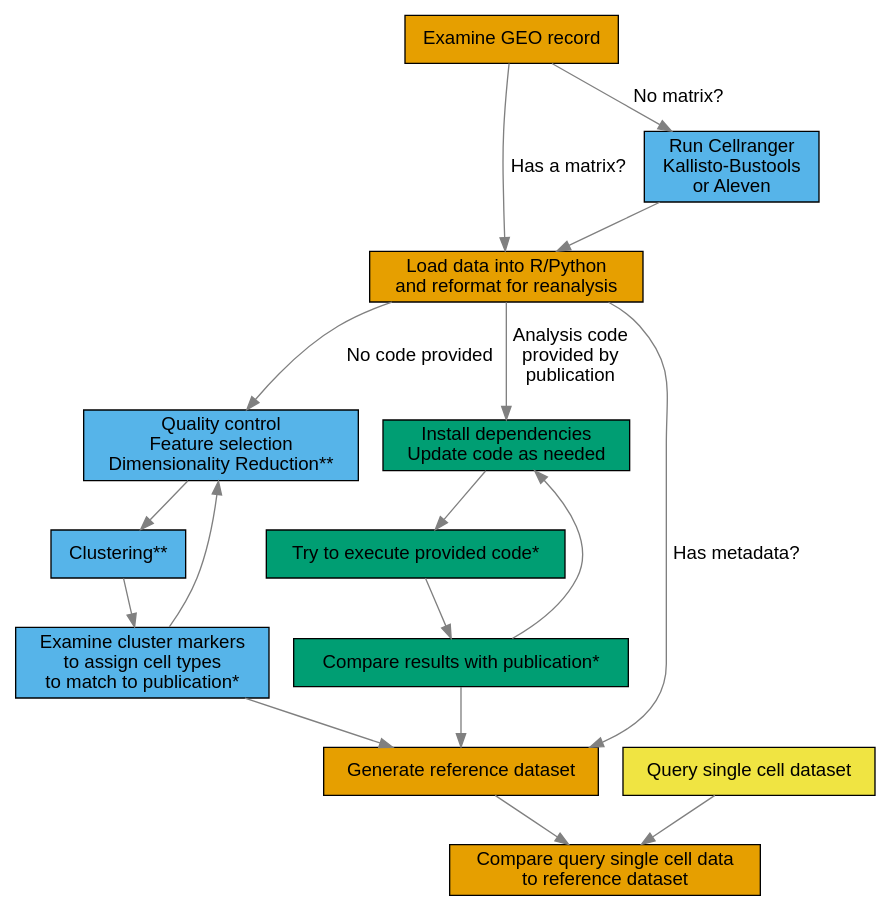
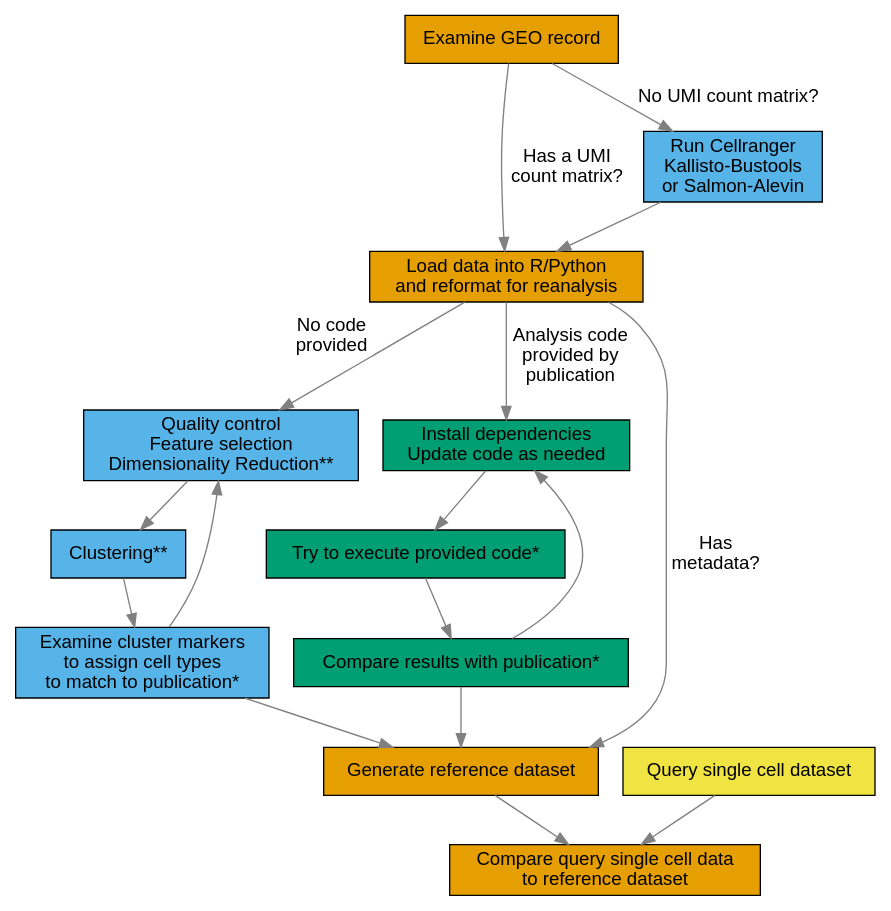
Before and after one commit to rnabioco/someta: the diagram in inst/extdata/workflow.gv, drawn with Graphviz. The commit also changed 4 other files, not shown here.

Commit message:
add figure 2

```diff
--- a/inst/extdata/workflow.gv
+++ b/inst/extdata/workflow.gv
@@ -1,65 +1,65 @@
 digraph workflow {
   graph [layout = dot,
         rankdir = TB]
 
   node [shape = cicle,
         style = filled,
         fontcolor = black,
         fontname = "Helvetica"]
 
   # start
   node [fillcolor = "#E69F00"]
   startnode [label = "Examine GEO record"];
   mdata [label = "Load data into R/Python\nand reformat for reanalysis"]
 
 
   # rds or h5ad parsing
  # node [fillcolor = "#56B4E9"]
  # objdata [label = "Load data in R/Python\nReformat for reanalysis"]
 
 
   # no metadata parsing
   node [fillcolor = "#56B4E9"]
 
-  nomdata_nomatrix [label = "Run Cellranger\nKallisto-Bustools\nor Aleven"]
+  nomdata_nomatrix [label = "Run Cellranger\nKallisto-Bustools\nor Salmon-Alevin"]
   nomdata_3 [label = "Quality control\nFeature selection\nDimensionality Reduction**"]
   nomdata_4 [label = "Clustering**"]
   nomdata_5 [label = "Examine cluster markers\n to assign cell types\nto match to publication*"]
 
   # code
   node [fillcolor = "#009E73"]
   code [label = "Install dependencies\n Update code as needed"]
   code_1 [label = "Try to execute provided code*"]
   code_2 [label = "Compare results with publication*"]
 
   # post metadata processing
   node [fillcolor = "#E69F00"]
   post [label = "Generate reference dataset"]
   post_2 [label = "Compare query single cell data\nto reference dataset"]
 
   # query data
   node [fillcolor = "#F0E442"]
   query [label = "Query single cell dataset"]
 
 
   edge [color = grey
         fontname = "Helvetica"]
 
   startnode -> mdata [
-                      label = "Has a matrix?"]
-  startnode -> nomdata_nomatrix [label = "No matrix?"]
+                      label = "Has a UMI\ncount matrix?"]
+  startnode -> nomdata_nomatrix [label = "No UMI count matrix?"]
   nomdata_nomatrix -> mdata
 
-  mdata -> nomdata_3 [label = "No code provided"]
+  mdata -> nomdata_3 [xlabel = "No code\nprovided"]
   mdata -> code [label = "Analysis code\nprovided by\npublication"]
   nomdata_3 -> nomdata_4 -> nomdata_5 -> post
 
   code -> code_1 -> code_2 -> post
   code_2 -> code [label = ""]
 
   nomdata_5 -> nomdata_3 [label = ""]
-  mdata -> post [label = "Has metadata?"]
+  mdata -> post [label = "Has\nmetadata?"]
   post -> post_2
   query -> post_2
 
 }
```
